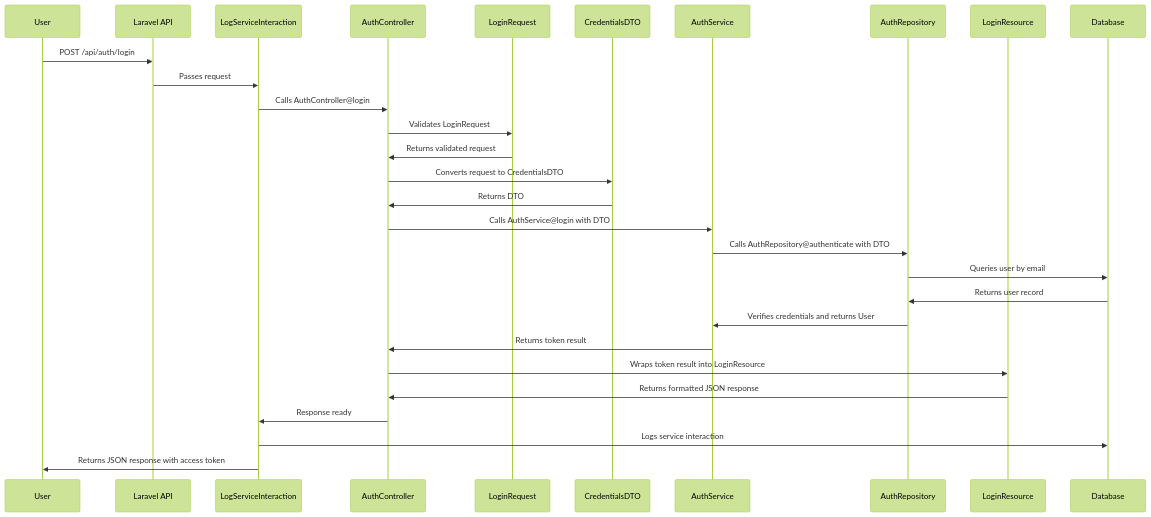
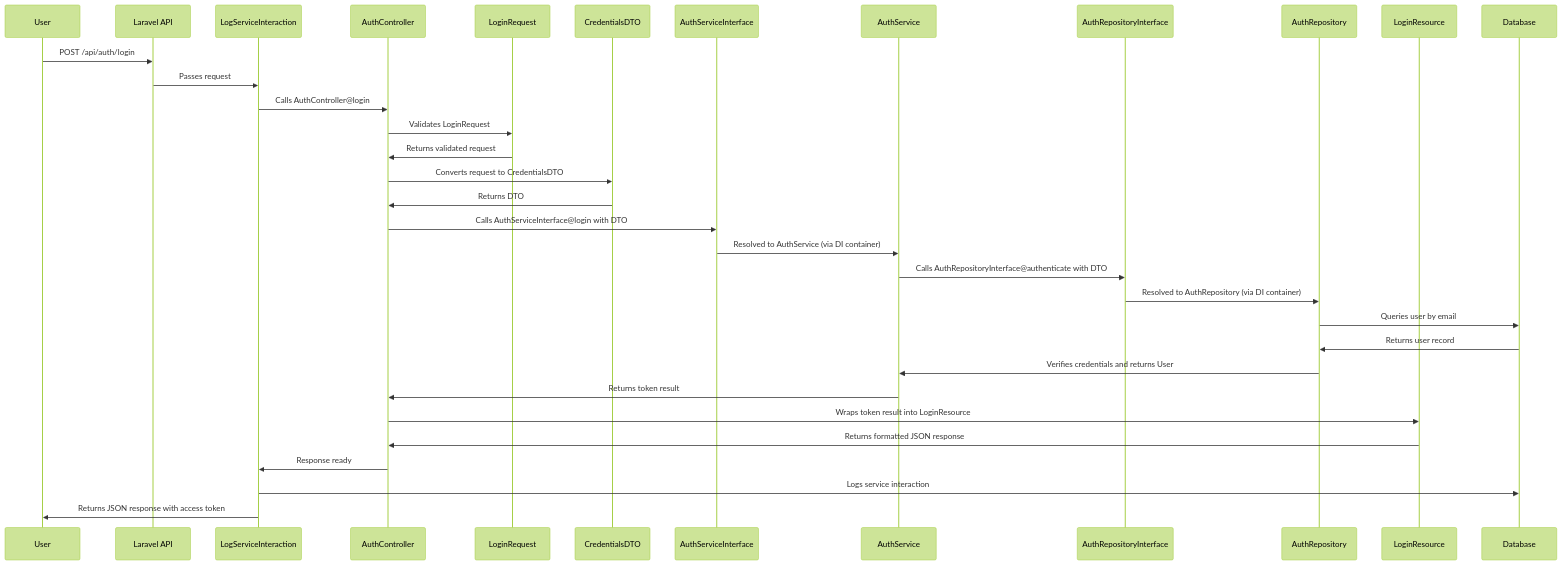
The third of 3 diagrams in README.md (The0ld/GIFHub), drawn with Mermaid (forest theme) before and after one commit.

Commit message:
Improvw sequence diagram to auth use case

````diff
--- a/README.md
+++ b/README.md
@@ -123,32 +123,36 @@
 ```mermaid
 sequenceDiagram
     participant User
     participant API as Laravel API
     participant Middleware as LogServiceInteraction
     participant Controller as AuthController
     participant Request as LoginRequest
     participant DTO as CredentialsDTO
+    participant ServiceInterface as AuthServiceInterface
     participant Service as AuthService
+    participant RepositoryInterface as AuthRepositoryInterface
     participant Repository as AuthRepository
     participant Resource as LoginResource
     participant DB as Database
 
     User->>API: POST /api/auth/login
     API->>Middleware: Passes request
     Middleware->>Controller: Calls AuthController@login
     Controller->>Request: Validates LoginRequest
     Request->>Controller: Returns validated request
     Controller->>DTO: Converts request to CredentialsDTO
     DTO->>Controller: Returns DTO
-    Controller->>Service: Calls AuthService@login with DTO
-    Service->>Repository: Calls AuthRepository@authenticate with DTO
+    Controller->>ServiceInterface: Calls AuthServiceInterface@login with DTO
+    ServiceInterface->>Service: Resolved to AuthService (via DI container)
+    Service->>RepositoryInterface: Calls AuthRepositoryInterface@authenticate with DTO
+    RepositoryInterface->>Repository: Resolved to AuthRepository (via DI container)
     Repository->>DB: Queries user by email
     DB->>Repository: Returns user record
     Repository->>Service: Verifies credentials and returns User
     Service->>Controller: Returns token result
     Controller->>Resource: Wraps token result into LoginResource
     Resource->>Controller: Returns formatted JSON response
     Controller->>Middleware: Response ready
     Middleware->>DB: Logs service interaction
     Middleware->>User: Returns JSON response with access token
 ```
````
